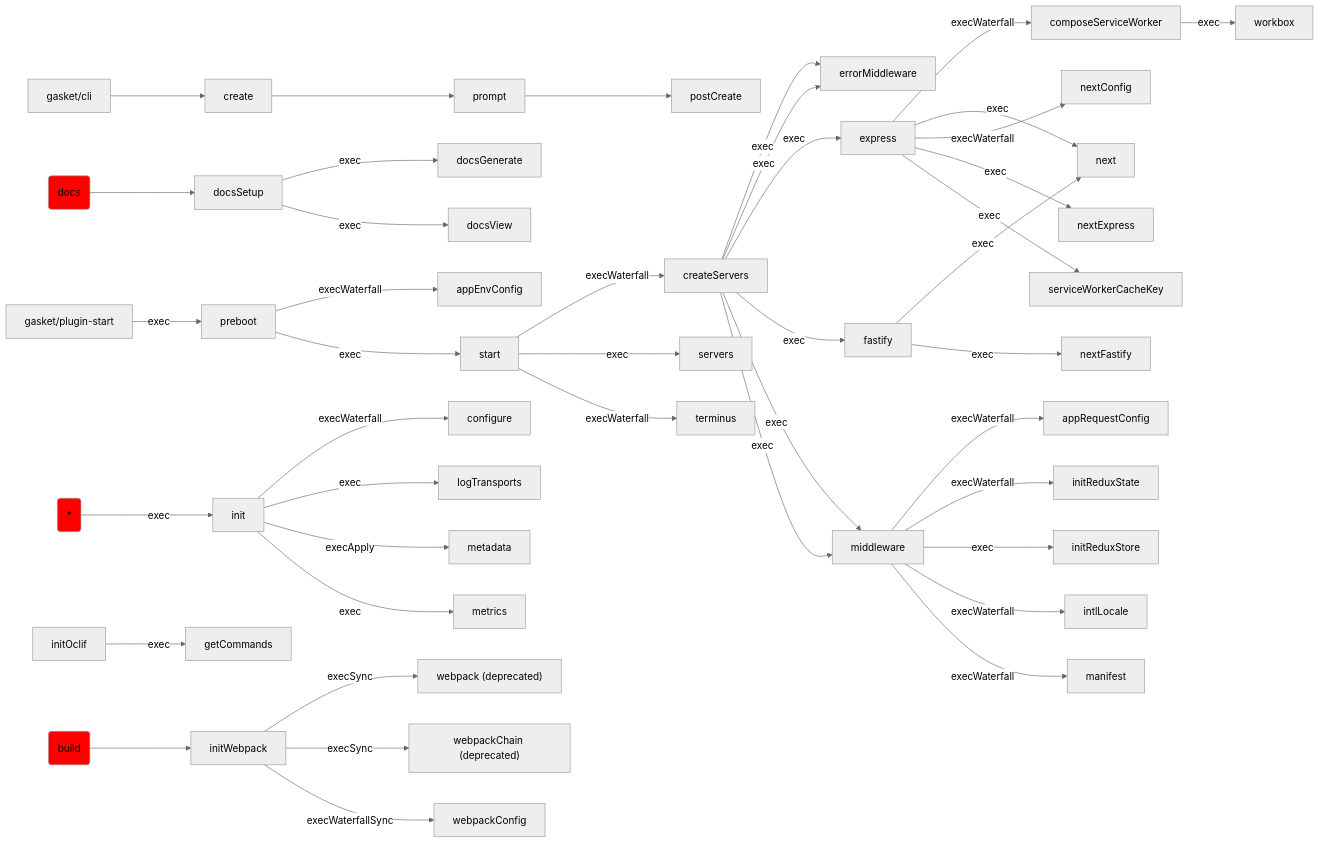
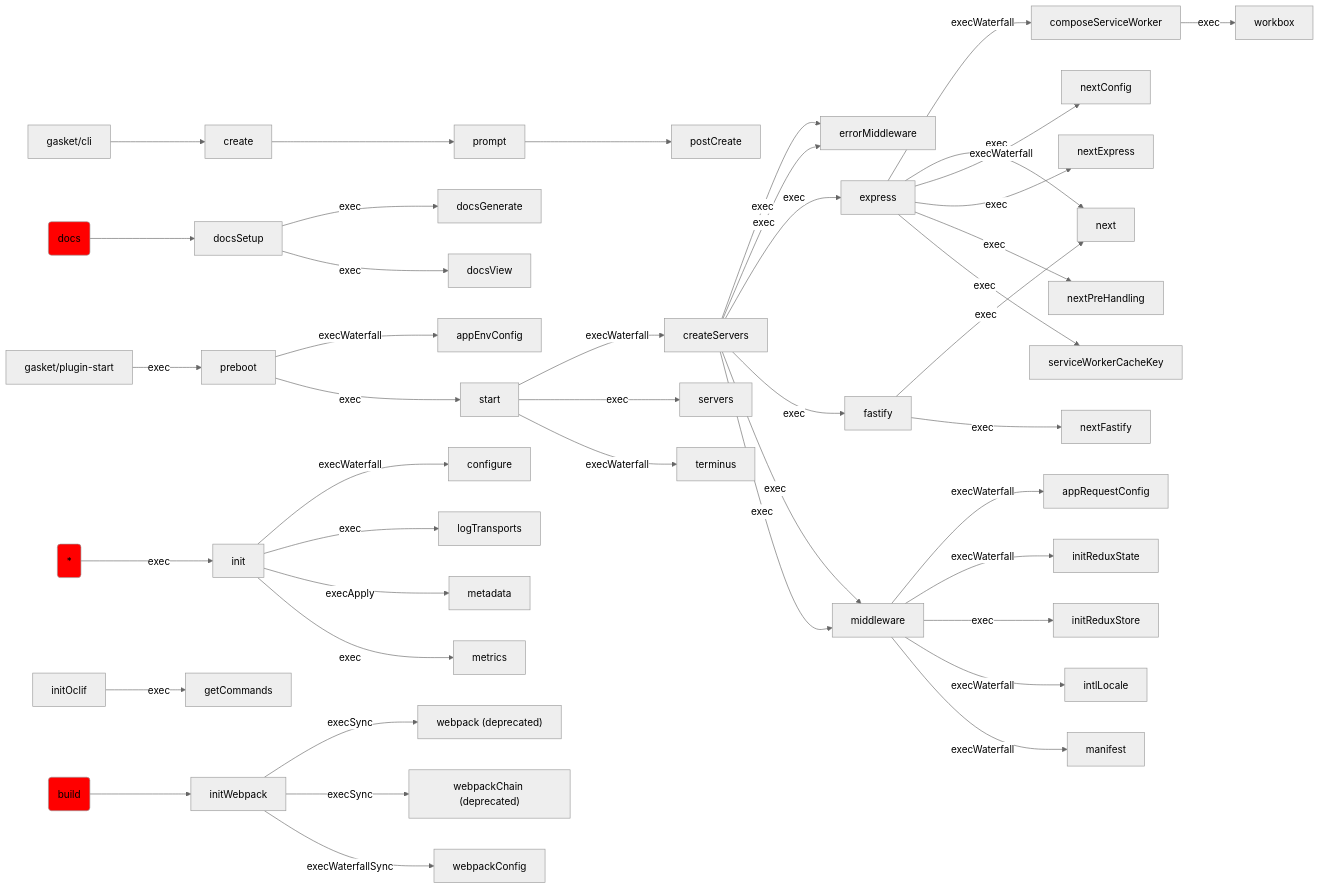
Before and after one commit to godaddy/gasket: the diagram in docs/generated-docs/lifecycle-graphs.md, drawn with Mermaid (neutral theme). The commit also changed 1 other file, not shown here.

````diff
--- a/docs/generated-docs/lifecycle-graphs.md
+++ b/docs/generated-docs/lifecycle-graphs.md
@@ -1,47 +1,48 @@
 ```mermaid
 graph LR;
 preboot -- execWaterfall --> appEnvConfig;
 middleware -- execWaterfall --> appRequestConfig;
 express -- execWaterfall --> composeServiceWorker;
 init -- execWaterfall --> configure;
 gasket/cli --> create;
 start -- execWaterfall --> createServers;
 docsSetup -- exec --> docsGenerate;
 docs-cmd(docs) --> docsSetup;
 docsSetup -- exec --> docsView;
 createServers -- exec --> errorMiddleware;
 createServers -- exec --> errorMiddleware;
 createServers -- exec --> express;
 createServers -- exec --> fastify;
 initOclif -- exec --> getCommands;
 *-cmd(*) -- exec --> init;
 middleware -- execWaterfall --> initReduxState;
 middleware -- exec --> initReduxStore;
 build-cmd(build) --> initWebpack;
 middleware -- execWaterfall --> intlLocale;
 init -- exec --> logTransports;
 middleware -- execWaterfall --> manifest;
 init -- execApply --> metadata;
 init -- exec --> metrics;
 createServers -- exec --> middleware;
 createServers -- exec --> middleware;
 express -- exec --> next;
 fastify -- exec --> next;
 express -- execWaterfall --> nextConfig;
 express -- exec --> nextExpress;
 fastify -- exec --> nextFastify;
+express -- exec --> nextPreHandling;
 prompt --> postCreate;
 gasket/plugin-start -- exec --> preboot;
 create --> prompt;
 start -- exec --> servers;
 express -- exec --> serviceWorkerCacheKey;
 preboot -- exec --> start;
 start -- execWaterfall --> terminus;
 initWebpack -- execSync --> webpack["webpack (deprecated)"];
 initWebpack -- execSync --> webpackChain["webpackChain (deprecated)"];
 initWebpack -- execWaterfallSync --> webpackConfig;
 composeServiceWorker -- exec --> workbox;
 style docs-cmd fill: red;
 style *-cmd fill: red;
 style build-cmd fill: red;
 ```
````
